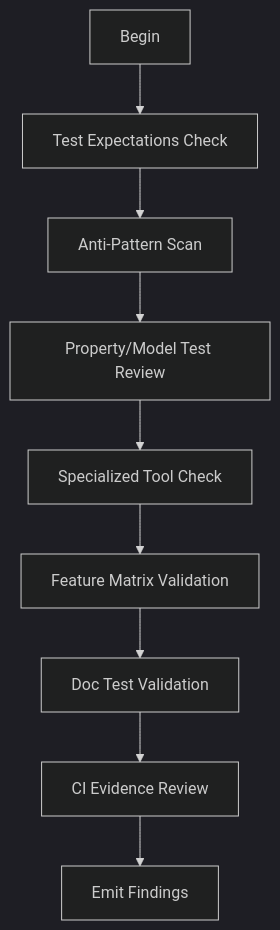
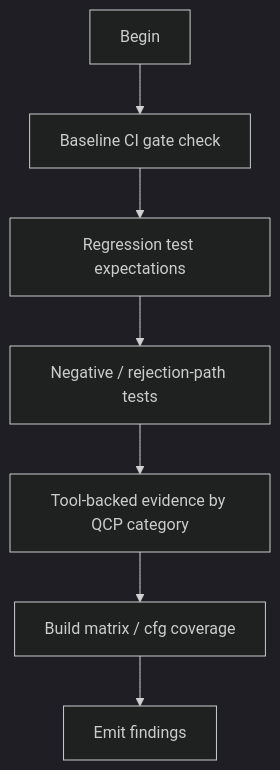
Before and after one commit to rumi-engineering/apm2: the diagram in documents/skills/rust-standards/references/20_testing_evidence_and_ci.md, drawn with Mermaid (dark theme). The commit also changed other lines of this file and 40 other files, not shown here.

````diff
--- a/documents/skills/rust-standards/references/20_testing_evidence_and_ci.md
+++ b/documents/skills/rust-standards/references/20_testing_evidence_and_ci.md
@@ -14,11 +24,9 @@
 ```mermaid
 flowchart TD
-    START[Begin] --> A[Test Expectations Check]
-    A --> B[Anti-Pattern Scan]
-    B --> C[Property/Model Test Review]
-    C --> D[Specialized Tool Check]
-    D --> E[Feature Matrix Validation]
-    E --> F[Doc Test Validation]
-    F --> G[CI Evidence Review]
-    G --> H[Emit Findings]
+    START[Begin] --> A[Baseline CI gate check]
+    A --> B[Regression test expectations]
+    B --> C[Negative / rejection-path tests]
+    C --> D[Tool-backed evidence by QCP category]
+    D --> E[Build matrix / cfg coverage]
+    E --> F[Emit findings]
 ```
````
